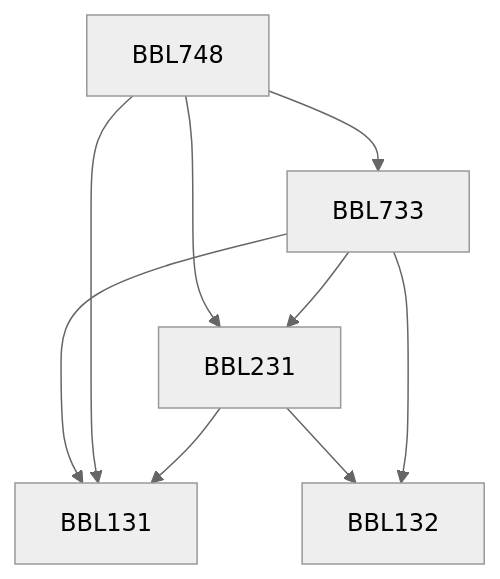
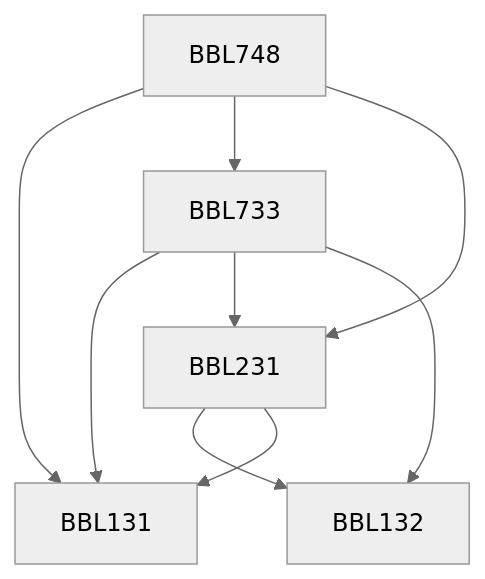
The diagram in content/Biochemical Engineering and Biotechnology/BBL748.md (KeshavBansal0122/CoS_Website), drawn with Mermaid (neutral theme) before and after one commit. The commit also changed other lines of this file and 392 other files, not shown here.

````diff
--- a/content/Biochemical Engineering and Biotechnology/BBL748.md
+++ b/content/Biochemical Engineering and Biotechnology/BBL748.md
@@ -13,15 +13,15 @@
 ```mermaid
 flowchart TD
 BBL748-93[BBL748]
 BBL733-93 --> BBL131-93[BBL131]
-BBL748-93 --> BBL733-93[BBL733]
 BBL231-93 --> BBL132-93[BBL132]
-BBL748-93 --> BBL231-93[BBL231]
+BBL733-93 --> BBL231-93[BBL231]
+BBL231-93 --> BBL131-93[BBL131]
 BBL733-93 --> BBL132-93[BBL132]
 BBL748-93 --> BBL131-93[BBL131]
-BBL231-93 --> BBL131-93[BBL131]
-BBL733-93 --> BBL231-93[BBL231]
+BBL748-93 --> BBL733-93[BBL733]
+BBL748-93 --> BBL231-93[BBL231]
 
 classDef empty height:17px, fill:transparent, stroke:transparent;
 classDef trueEmpty height:0px, width:0px;
 ```
````
